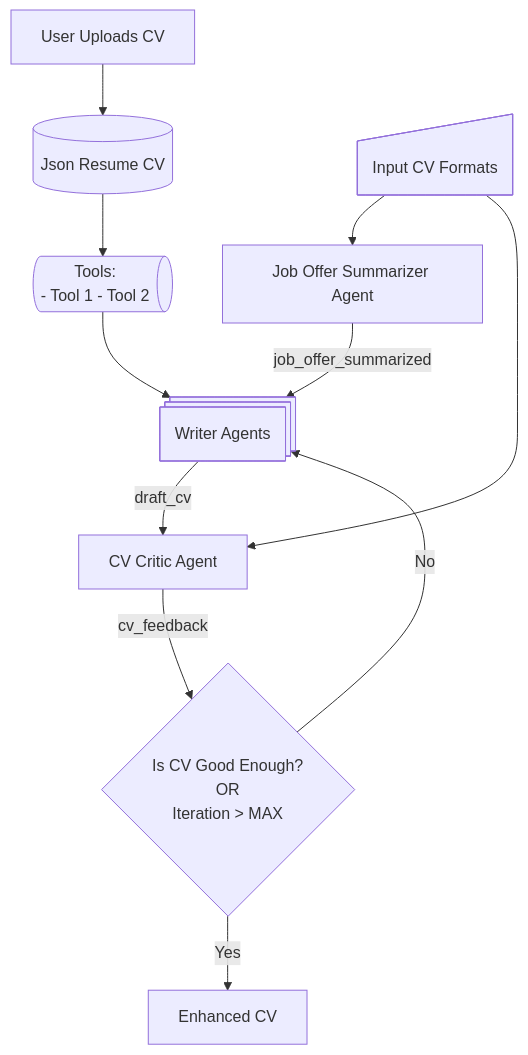
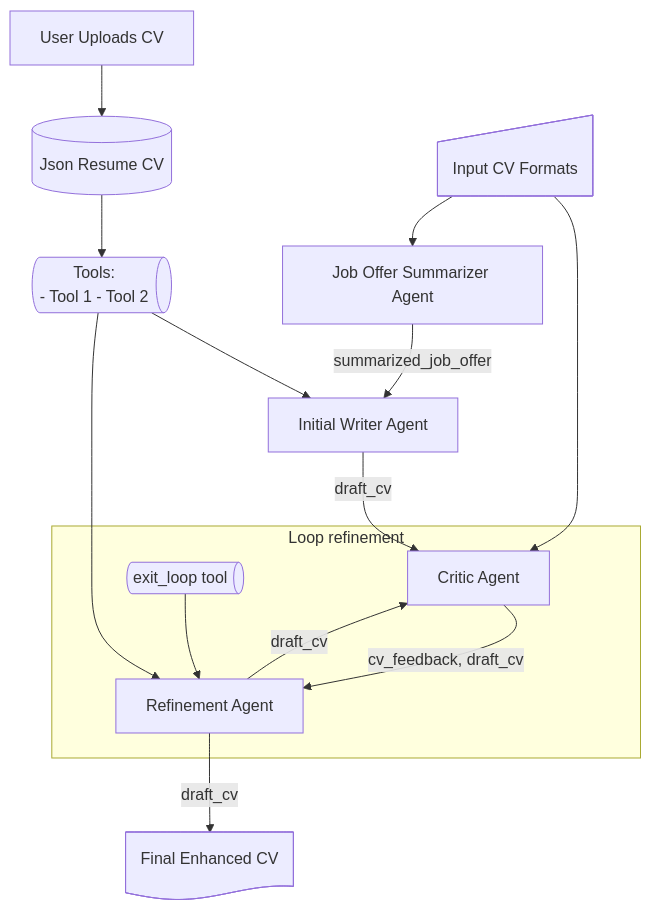
Before and after one commit to framunoz/cv-enhancer-gen-ai: the diagram in README.md, drawn with Mermaid. The commit also changed other lines of this file and 3 other files, not shown here.

````diff
--- a/README.md
+++ b/README.md
@@ -3,16 +3,21 @@
 ```mermaid
 flowchart TD
     A[User Uploads CV] --> JsonCV[(Json Resume CV)]
     JsonCV --> Tools@{ shape: das, label: "Tools:\n- Tool 1\n- Tool 2" }
+    Tools --> InitialWriterAgent
+    Tools --> RefinementAgent
 
     Input@{ shape: sl-rect, label: "Input CV Formats" }
-    --> JobOfferSummAgent@{ shape: rect, label: "Job Offer Summarizer Agent" }
-    -- job_offer_summarized --> WriterAgents@{ shape: processes, label: "Writer Agents" }
-    Tools --> WriterAgents
-    -- draft_cv --> CriticAgent@{ shape: rect, label: "CV Critic Agent" }
     Input --> CriticAgent
-    -- cv_feedback --> Decision@{ shape: diamond, label: "Is CV Good Enough?\nOR\nIteration > MAX" }
-
-    Decision -- No --> WriterAgents
-    Decision -- Yes --> Output[Enhanced CV]
+    Input --> JobOfferSummAgent@{ shape: rect, label: "Job Offer Summarizer Agent" }
+    JobOfferSummAgent -- summarized_job_offer --> InitialWriterAgent@{ shape: rect, label: "Initial Writer Agent" }
+    InitialWriterAgent -- draft_cv --> CriticAgent
+    subgraph Loop refinement
+        CriticAgent@{ shape: rect, label: "Critic Agent" }
+        CriticAgent -- cv_feedback, draft_cv --> RefinementAgent@{ shape: rect, label: "Refinement Agent" }
+        RefinementAgent -- draft_cv --> CriticAgent
+        Exit@{ shape: das, label: "exit_loop tool" } --> RefinementAgent
+    end
+    
+    RefinementAgent -- draft_cv --> FinalCV@{ shape: doc, label: "Final Enhanced CV" }
 ```
````
